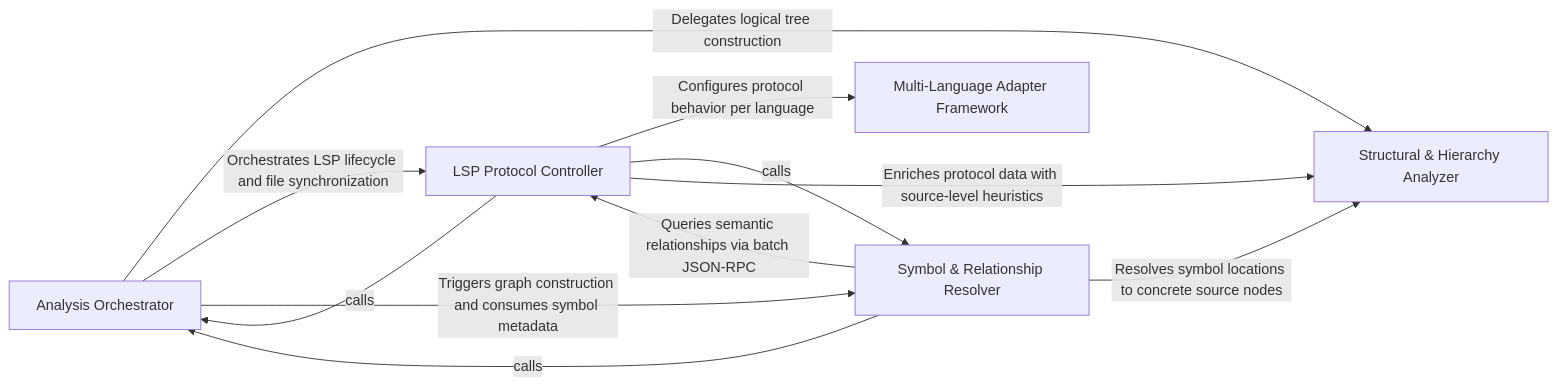
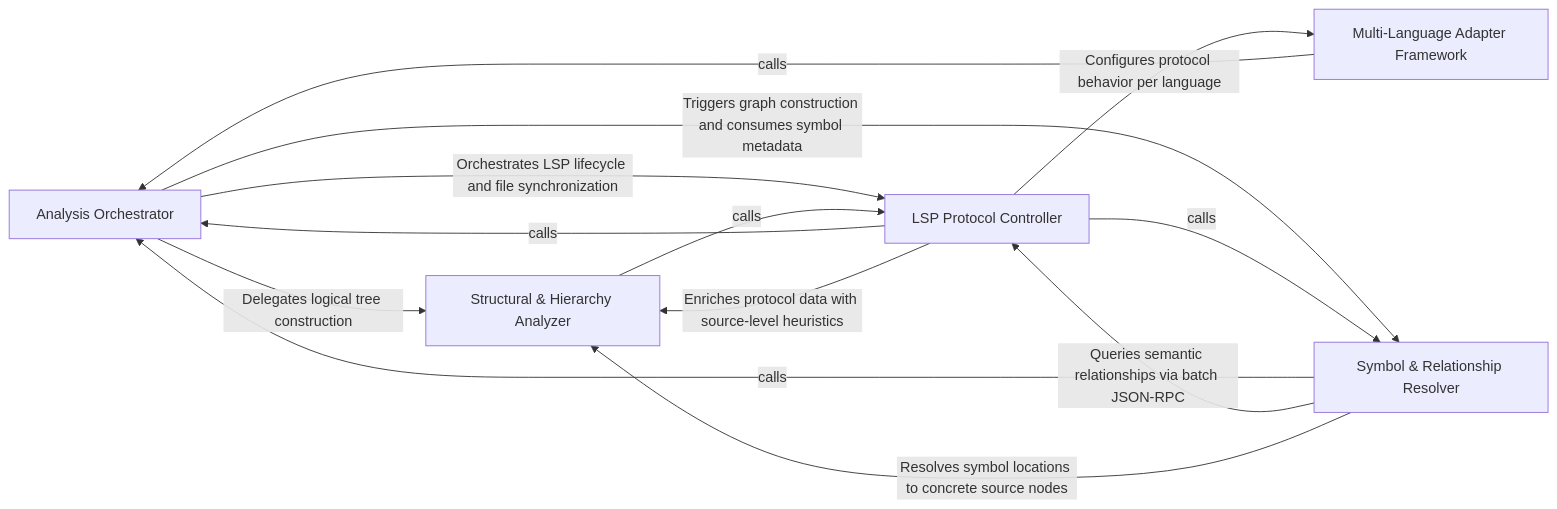
The diagram in .codeboarding/Static_Analysis_Engine.md (CodeBoarding/CodeBoarding), drawn with Mermaid before and after one commit. The commit also changed other lines of this file and 37 other files, not shown here.

Commit message:
chore(codeboarding): sync architecture baseline

````diff
--- a/.codeboarding/Static_Analysis_Engine.md
+++ b/.codeboarding/Static_Analysis_Engine.md
@@ -1,23 +1,25 @@
 ```mermaid
 graph LR
     Analysis_Orchestrator["Analysis Orchestrator"]
     LSP_Protocol_Controller["LSP Protocol Controller"]
     Symbol_Relationship_Resolver["Symbol & Relationship Resolver"]
     Structural_Hierarchy_Analyzer["Structural & Hierarchy Analyzer"]
     Multi_Language_Adapter_Framework["Multi-Language Adapter Framework"]
     Analysis_Orchestrator -- "Delegates logical tree construction" --> Structural_Hierarchy_Analyzer
     Analysis_Orchestrator -- "Orchestrates LSP lifecycle and file synchronization" --> LSP_Protocol_Controller
     Analysis_Orchestrator -- "Triggers graph construction and consumes symbol metadata" --> Symbol_Relationship_Resolver
     LSP_Protocol_Controller -- "Configures protocol behavior per language" --> Multi_Language_Adapter_Framework
     LSP_Protocol_Controller -- "calls" --> Analysis_Orchestrator
     LSP_Protocol_Controller -- "calls" --> Symbol_Relationship_Resolver
     LSP_Protocol_Controller -- "Enriches protocol data with source-level heuristics" --> Structural_Hierarchy_Analyzer
     Symbol_Relationship_Resolver -- "calls" --> Analysis_Orchestrator
     Symbol_Relationship_Resolver -- "Queries semantic relationships via batch JSON-RPC" --> LSP_Protocol_Controller
     Symbol_Relationship_Resolver -- "Resolves symbol locations to concrete source nodes" --> Structural_Hierarchy_Analyzer
+    Structural_Hierarchy_Analyzer -- "calls" --> LSP_Protocol_Controller
+    Multi_Language_Adapter_Framework -- "calls" --> Analysis_Orchestrator
     click Analysis_Orchestrator href "https://github.com/CodeBoarding/CodeBoarding/blob/main/.codeboarding/Analysis_Orchestrator.md" "Details"
     click LSP_Protocol_Controller href "https://github.com/CodeBoarding/CodeBoarding/blob/main/.codeboarding/LSP_Protocol_Controller.md" "Details"
     click Symbol_Relationship_Resolver href "https://github.com/CodeBoarding/CodeBoarding/blob/main/.codeboarding/Symbol_Relationship_Resolver.md" "Details"
     click Structural_Hierarchy_Analyzer href "https://github.com/CodeBoarding/CodeBoarding/blob/main/.codeboarding/Structural_Hierarchy_Analyzer.md" "Details"
     click Multi_Language_Adapter_Framework href "https://github.com/CodeBoarding/CodeBoarding/blob/main/.codeboarding/Multi_Language_Adapter_Framework.md" "Details"
 ```
````
